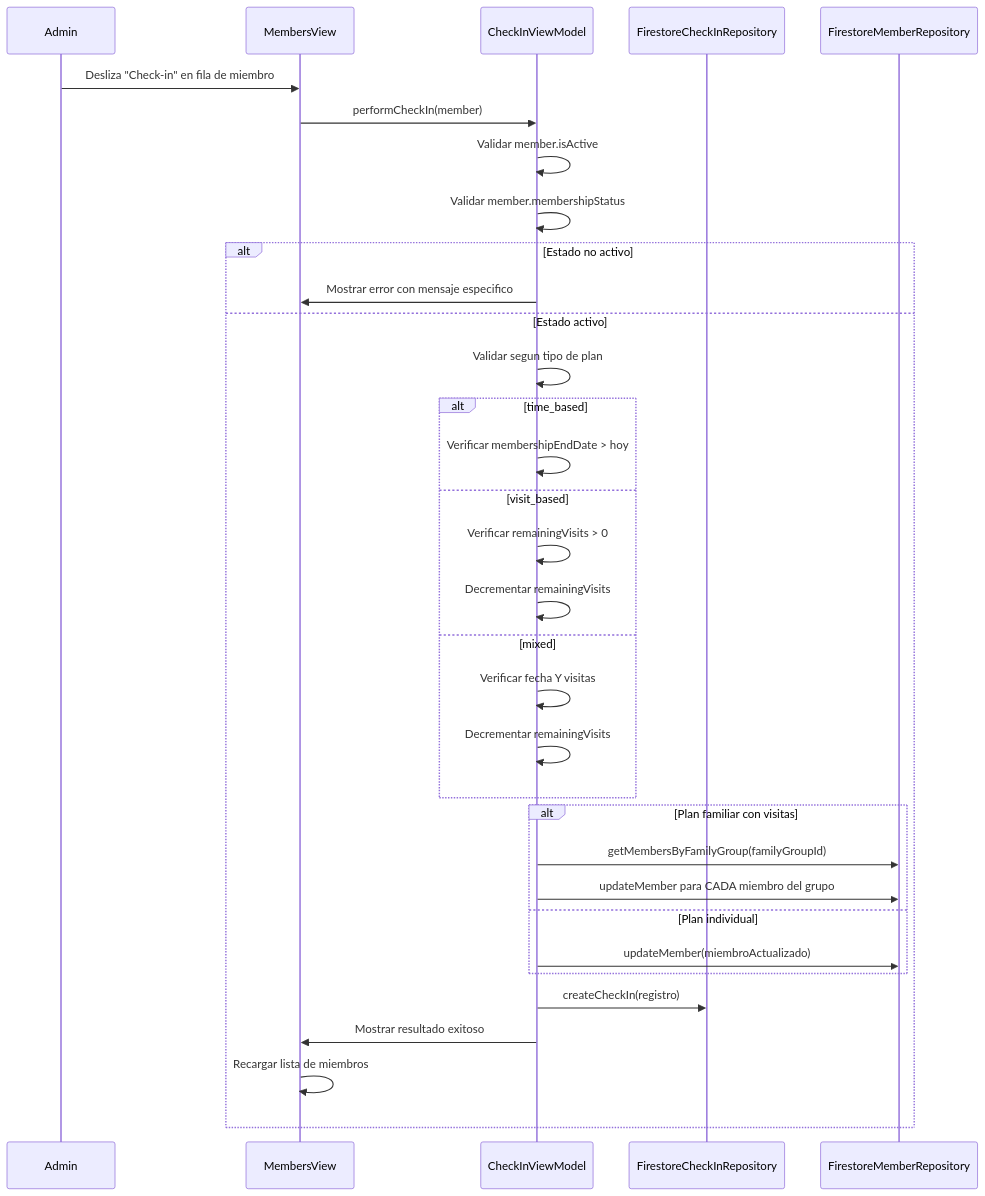
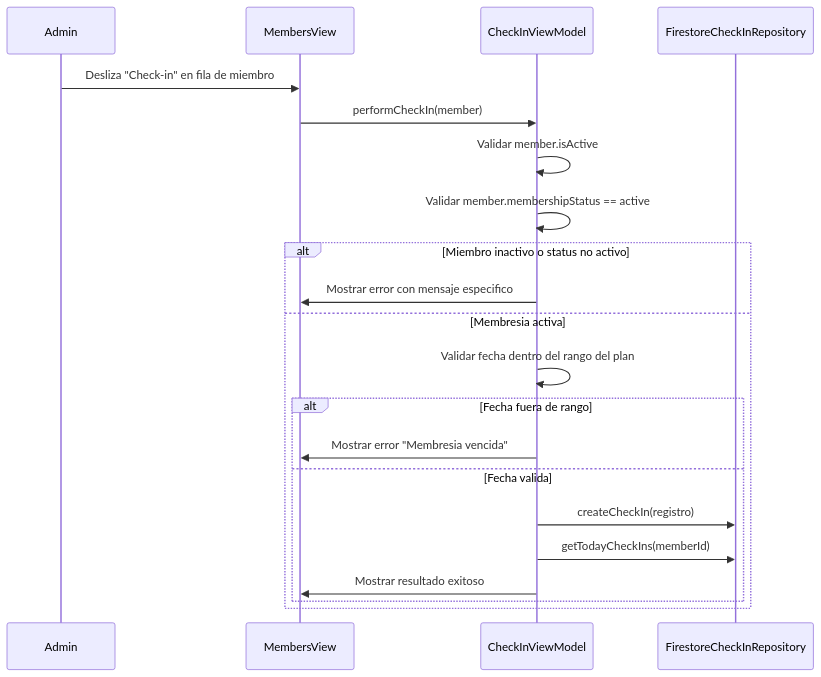
The second of 2 diagrams in knowledge/ios-implementation/07-checkin-module.md (fsaldivar-dev/sajarubox-mcp), drawn with Mermaid before and after one commit. The commit also changed other lines of this file and 6 other files, not shown here.

````diff
--- a/knowledge/ios-implementation/07-checkin-module.md
+++ b/knowledge/ios-implementation/07-checkin-module.md
@@ -45,39 +46,25 @@
 ```mermaid
 sequenceDiagram
     participant Admin
     participant MembersView
     participant CheckInVM as CheckInViewModel
     participant CheckInRepo as FirestoreCheckInRepository
-    participant MemberRepo as FirestoreMemberRepository
 
     Admin->>MembersView: Desliza "Check-in" en fila de miembro
     MembersView->>CheckInVM: performCheckIn(member)
     CheckInVM->>CheckInVM: Validar member.isActive
-    CheckInVM->>CheckInVM: Validar member.membershipStatus
+    CheckInVM->>CheckInVM: Validar member.membershipStatus == active
 
-    alt Estado no activo
+    alt Miembro inactivo o status no activo
         CheckInVM->>MembersView: Mostrar error con mensaje especifico
-    else Estado activo
-        CheckInVM->>CheckInVM: Validar segun tipo de plan
-        alt time_based
-            CheckInVM->>CheckInVM: Verificar membershipEndDate > hoy
-        else visit_based
-            CheckInVM->>CheckInVM: Verificar remainingVisits > 0
-            CheckInVM->>CheckInVM: Decrementar remainingVisits
-        else mixed
-            CheckInVM->>CheckInVM: Verificar fecha Y visitas
-            CheckInVM->>CheckInVM: Decrementar remainingVisits
+    else Membresia activa
+        CheckInVM->>CheckInVM: Validar fecha dentro del rango del plan
+        alt Fecha fuera de rango
+            CheckInVM->>MembersView: Mostrar error "Membresia vencida"
+        else Fecha valida
+            CheckInVM->>CheckInRepo: createCheckIn(registro)
+            CheckInVM->>CheckInRepo: getTodayCheckIns(memberId)
+            CheckInVM->>MembersView: Mostrar resultado exitoso
         end
-
-        alt Plan familiar con visitas
-            CheckInVM->>MemberRepo: getMembersByFamilyGroup(familyGroupId)
-            CheckInVM->>MemberRepo: updateMember para CADA miembro del grupo
-        else Plan individual
-            CheckInVM->>MemberRepo: updateMember(miembroActualizado)
-        end
-
-        CheckInVM->>CheckInRepo: createCheckIn(registro)
-        CheckInVM->>MembersView: Mostrar resultado exitoso
-        MembersView->>MembersView: Recargar lista de miembros
     end
 ```
````
